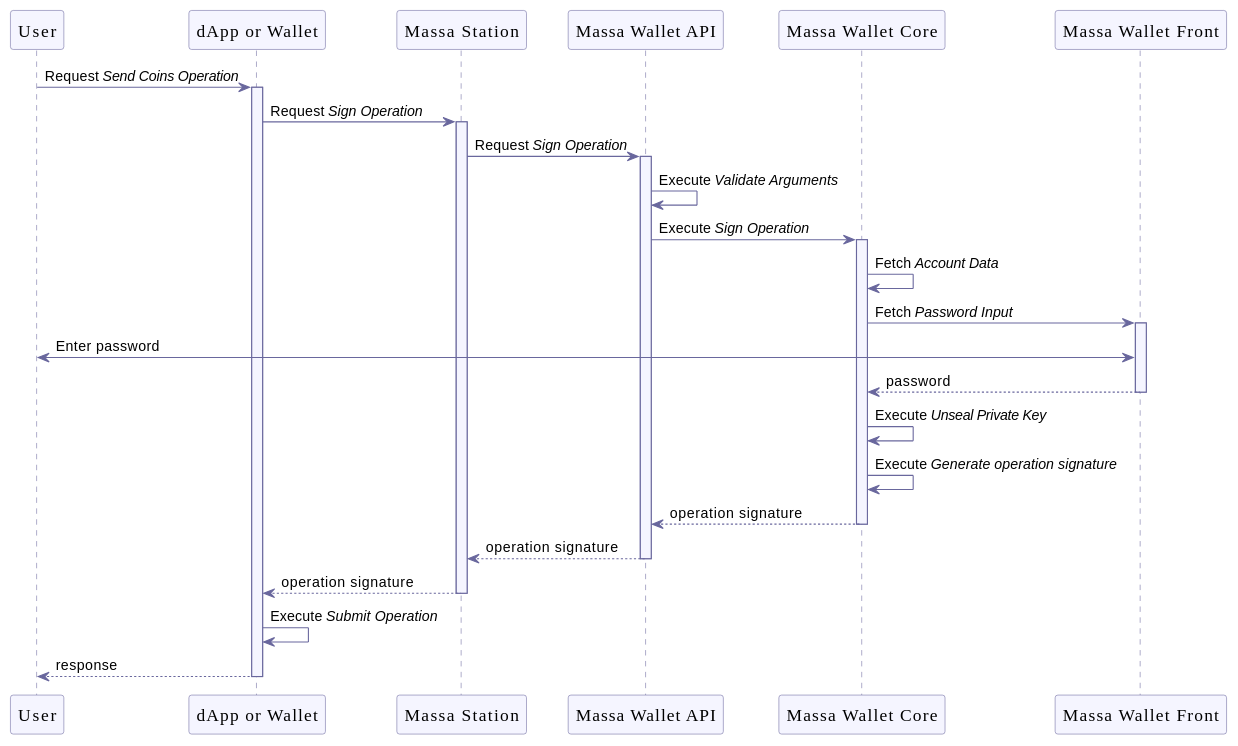
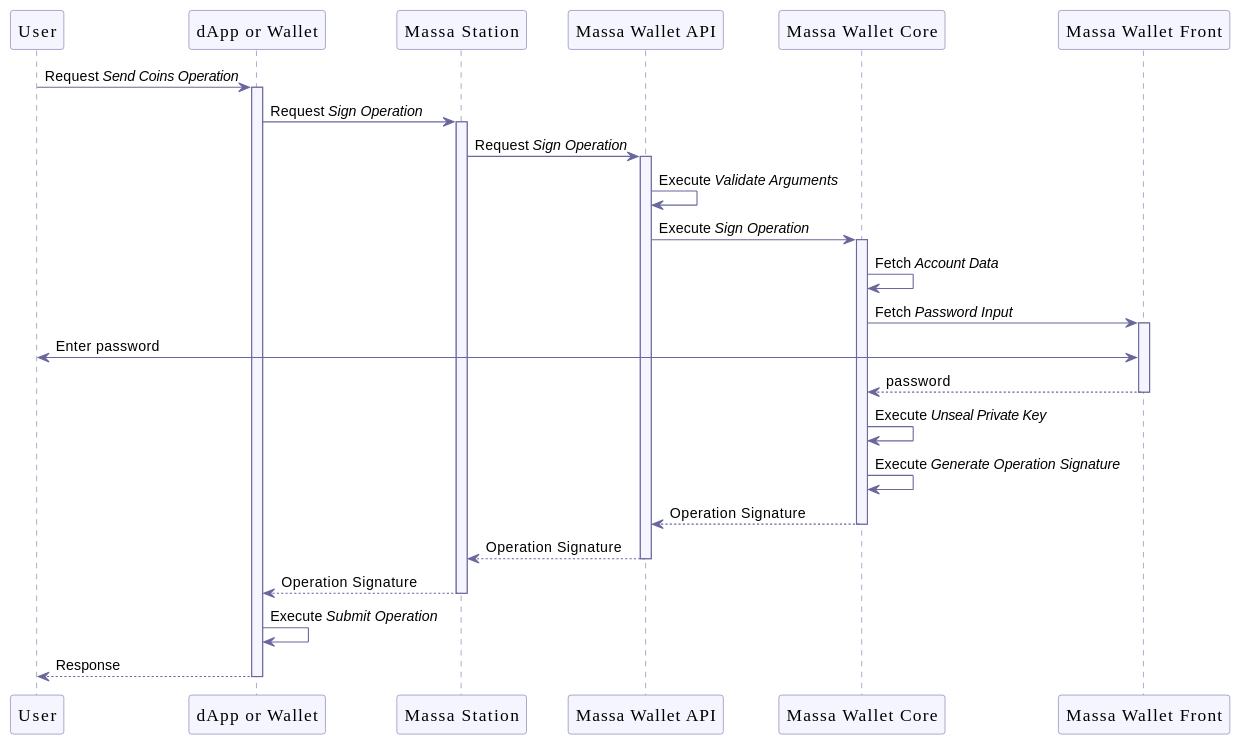
The second of 9 diagrams in documentation/wallet.adoc (massalabs/station-massa-wallet), drawn with PlantUML before and after one commit. The commit also changed other lines of this file, not shown here.

Commit message:
simplify sequence diagram and add function

```diff
--- a/documentation/wallet.adoc
+++ b/documentation/wallet.adoc
@@ -225,43 +225,43 @@
 [plantuml, format="svg", id="sign-operation", width="100%", role="center-image", options="interactive"]
 ----
 @startuml
 
 skinparam FontName Poppins
 
 skinparam sequence {
     ArrowColor #69679D
     LifeLineBorderColor #69679D
     LifeLineBackgroundColor #F5F5FF
 
     ParticipantBorderColor #69679D
     ParticipantBackgroundColor #F5F5FF
     ParticipantFontName Poppins
     ParticipantFontSize 16
     ParticipantFontColor #000000
 }
 
 participant "User" as user
 participant "dApp or Wallet" as dapp
 participant "Massa Station" as station
 participant "Massa Wallet API" as wallet_api
 participant "Massa Wallet Core" as wallet_core
 participant "Massa Wallet Front" as wallet_embedded_front
 
 user -> dapp ++ : Request //Send Coins Operation//
     dapp -> station ++: Request //Sign Operation//
         station -> wallet_api ++: Request //Sign Operation//
         wallet_api -> wallet_api: Execute //Validate Arguments//
             wallet_api -> wallet_core ++: Execute //Sign Operation//
             wallet_core -> wallet_core: Fetch //Account Data//
                 wallet_core -> wallet_embedded_front ++: Fetch //Password Input//
                 wallet_embedded_front <-> user: Enter password
                 return password
             wallet_core -> wallet_core: Execute //Unseal Private Key//
-            wallet_core -> wallet_core: Execute //Generate operation signature//
-            return operation signature
-        return operation signature
-    return operation signature
+            wallet_core -> wallet_core: Execute //Generate Operation Signature//
+            return Operation Signature
+        return Operation Signature
+    return Operation Signature
     dapp -> dapp: Execute //Submit Operation//
-return response
+return Response
 @enduml
 ----
```
